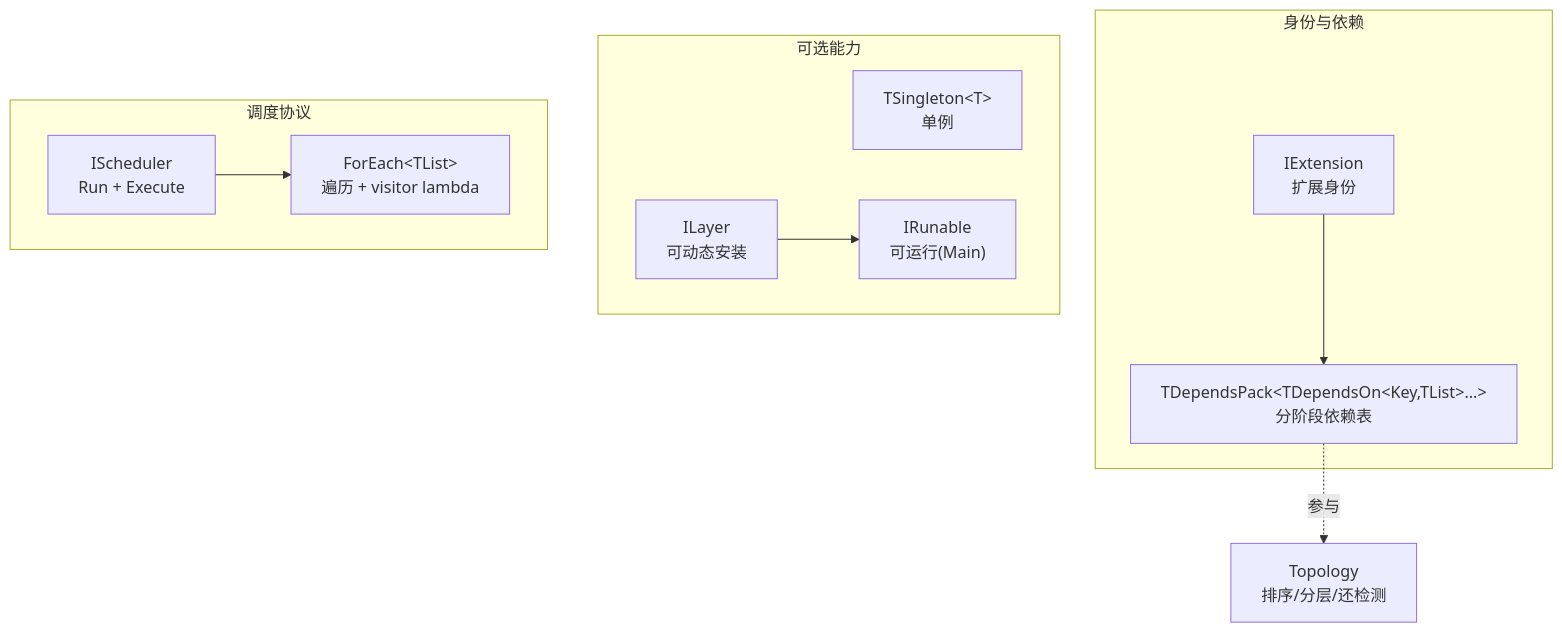
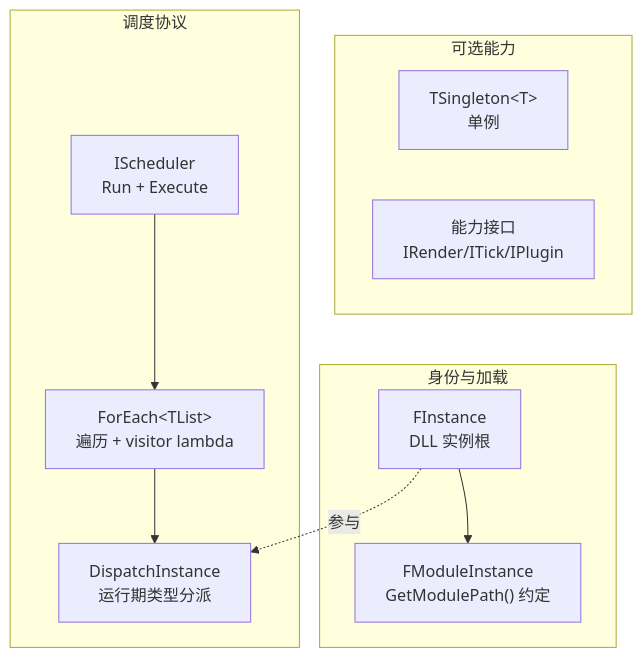
Before and after one commit to InputWindy/Hiyajo: the diagram in Source/Public/Core/CoreDoc.md, drawn with Mermaid. The commit also changed other lines of this file and 30 other files, not shown here.

````diff
--- a/Source/Public/Core/CoreDoc.md
+++ b/Source/Public/Core/CoreDoc.md
@@ -79,24 +63,22 @@
 ```mermaid
 graph TD
-    subgraph 身份与依赖
-        IExtension["IExtension<br/>扩展身份"]
-        DependsPack["TDependsPack&lt;TDependsOn&lt;Key,TList&gt;...&gt;<br/>分阶段依赖表"]
-        IExtension --> DependsPack
+    subgraph 身份与加载
+        FInstance["FInstance<br/>DLL 实例根"]
+        FModuleInstance["FModuleInstance<br/>GetModulePath() 约定"]
+        FInstance --> FModuleInstance
     end
 
     subgraph 可选能力
         TSingleton["TSingleton&lt;T&gt;<br/>单例"]
-        IRunable["IRunable<br/>可运行(Main)"]
-        ILayer["ILayer<br/>可动态安装"]
-        ILayer --> IRunable
+        Capability["能力接口<br/>IRender/ITick/IPlugin"]
     end
 
     subgraph 调度协议
         IScheduler["IScheduler<br/>Run + Execute"]
         ForEach["ForEach&lt;TList&gt;<br/>遍历 + visitor lambda"]
-        IScheduler --> ForEach
+        DispatchInstance["DispatchInstance<br/>运行期类型分派"]
+        IScheduler --> ForEach --> DispatchInstance
     end
 
-    DependsPack -.参与.-> Topology
-    Topology["Topology<br/>排序/分层/还检测"]
+    FInstance -.参与.-> DispatchInstance
 ```
````
